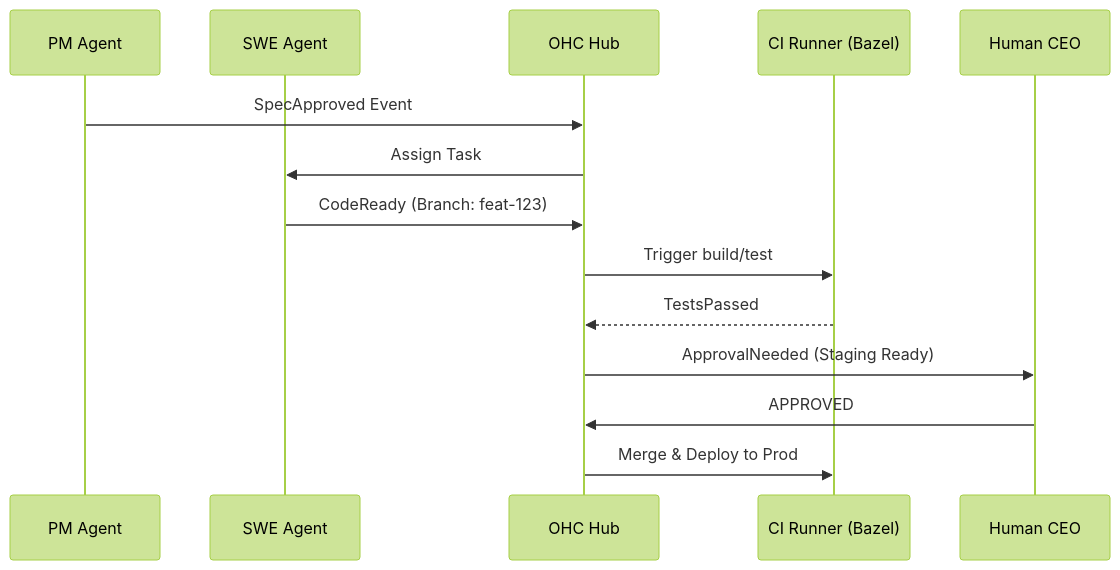
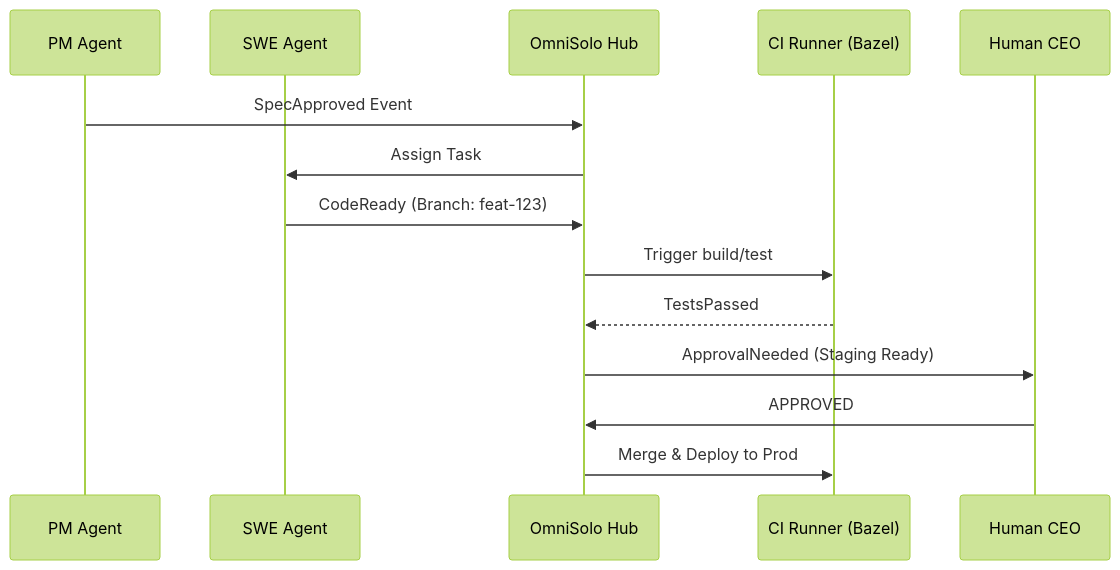
Before and after one commit to omnisolo-llc/onehumancorp: the diagram in docs/technical/features/automated-sdlc/pipelines.md, drawn with Mermaid (forest theme). The commit also changed other lines of this file and 2191 other files, not shown here.

Commit message:
feat: complete OmniSolo rename and browser audit

````diff
--- a/docs/technical/features/automated-sdlc/pipelines.md
+++ b/docs/technical/features/automated-sdlc/pipelines.md
@@ -24,17 +24,17 @@
 ```mermaid
 sequenceDiagram
     participant PM as PM Agent
     participant SWE as SWE Agent
-    participant Hub as OHC Hub
+    participant Hub as OmniSolo Hub
     participant CI as CI Runner (Bazel)
     participant CEO as Human CEO
 
     PM->>Hub: SpecApproved Event
     Hub->>SWE: Assign Task
     SWE->>Hub: CodeReady (Branch: feat-123)
     Hub->>CI: Trigger build/test
     CI-->>Hub: TestsPassed
     Hub->>CEO: ApprovalNeeded (Staging Ready)
     CEO->>Hub: APPROVED
     Hub->>CI: Merge & Deploy to Prod
 ```
````
